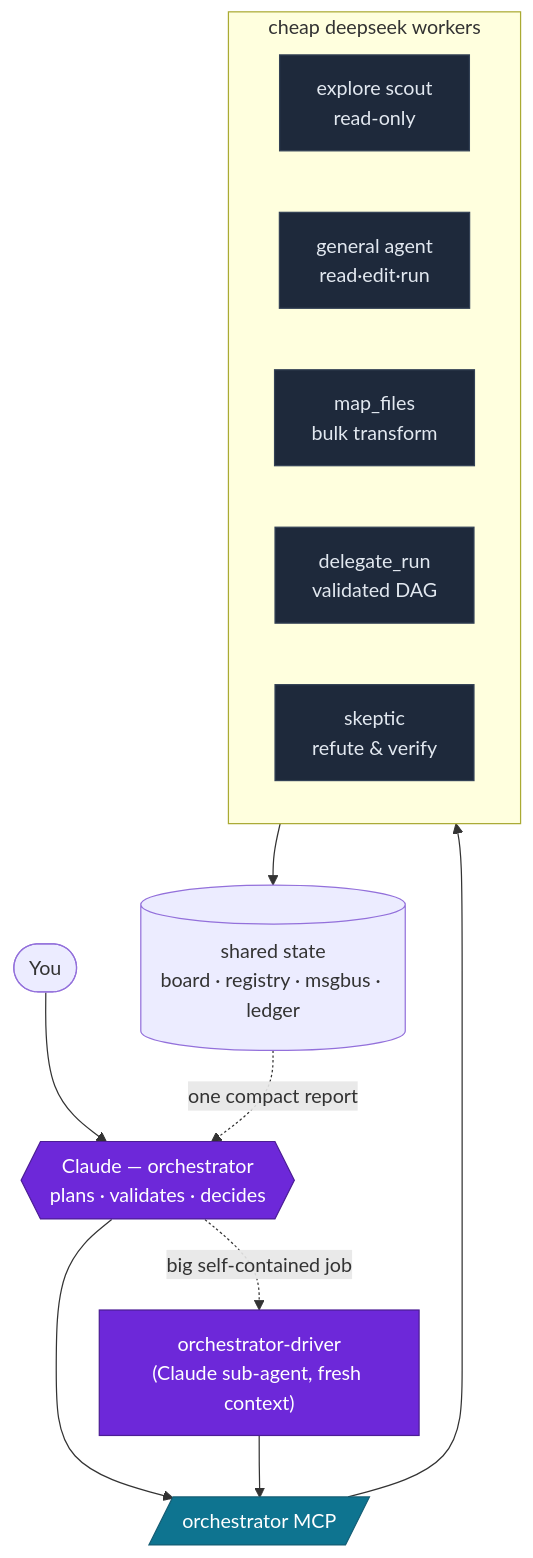
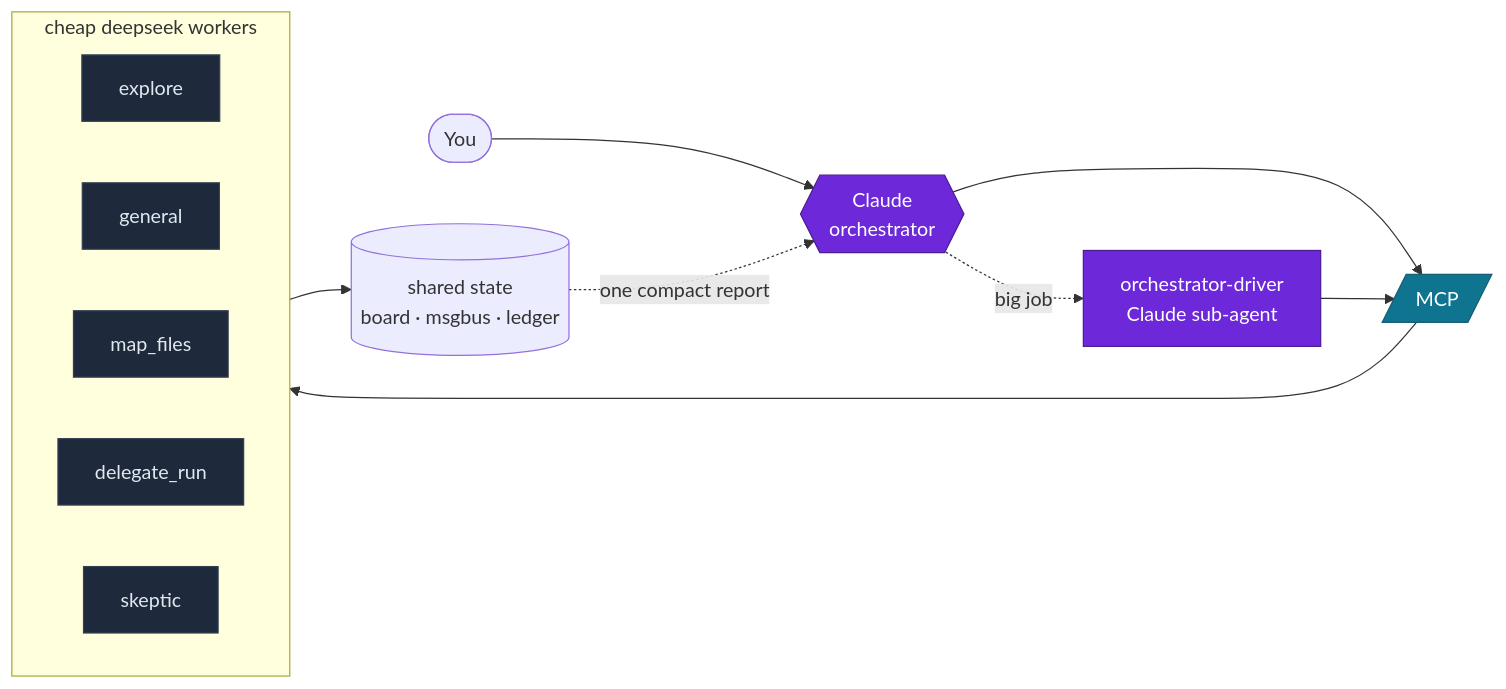
One commit to ovrlust/orchestrator-mcp changed the diagram in README.md. Above: the diagram before and after it, drawn with Mermaid.

Commit message:
Make README architecture graph wider and less tall (LR flow, worker row)

````diff
--- a/README.md
+++ b/README.md
@@ -8,27 +8,27 @@
 ```mermaid
-flowchart TD
-    U([You]) --> C{{"Claude — orchestrator<br/>plans · validates · decides"}}
-    C -.->|"big self-contained job"| D["orchestrator-driver<br/>(Claude sub-agent, fresh context)"]
-    C --> M[/"orchestrator MCP"/]
+flowchart LR
+    U([You]) --> C{{"Claude<br/>orchestrator"}}
+    C -.->|big job| D["orchestrator-driver<br/>Claude sub-agent"]
+    C --> M[/"MCP"/]
     D --> M
 
-    subgraph workers ["cheap deepseek workers"]
+    subgraph W ["cheap deepseek workers"]
       direction LR
-      A1["explore scout<br/>read-only"]
-      A2["general agent<br/>read·edit·run"]
-      A3["map_files<br/>bulk transform"]
-      A4["delegate_run<br/>validated DAG"]
-      A5["skeptic<br/>refute & verify"]
+      A1["explore"]
+      A2["general"]
+      A3["map_files"]
+      A4["delegate_run"]
+      A5["skeptic"]
     end
 
-    M --> workers
-    workers --> CO[("shared state<br/>board · registry · msgbus · ledger")]
+    M --> W
+    W --> CO[("shared state<br/>board · msgbus · ledger")]
     CO -.->|"one compact report"| C
 
     classDef brain fill:#6d28d9,stroke:#4c1d95,color:#fff;
     classDef mcp fill:#0e7490,stroke:#155e75,color:#fff;
     classDef work fill:#1e293b,stroke:#334155,color:#e2e8f0;
     class C,D brain;
     class M mcp;
     class A1,A2,A3,A4,A5 work;
 ```
````
